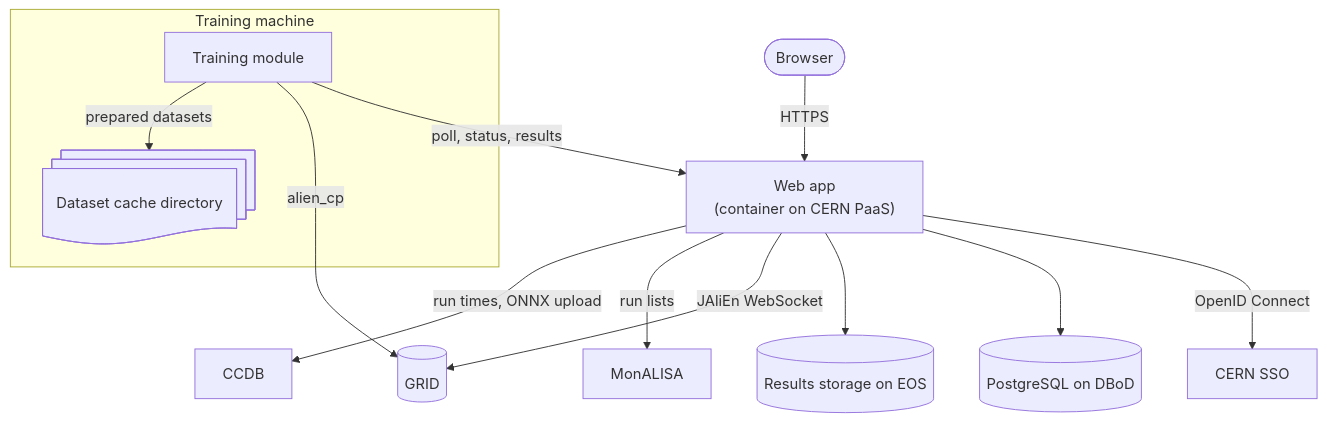
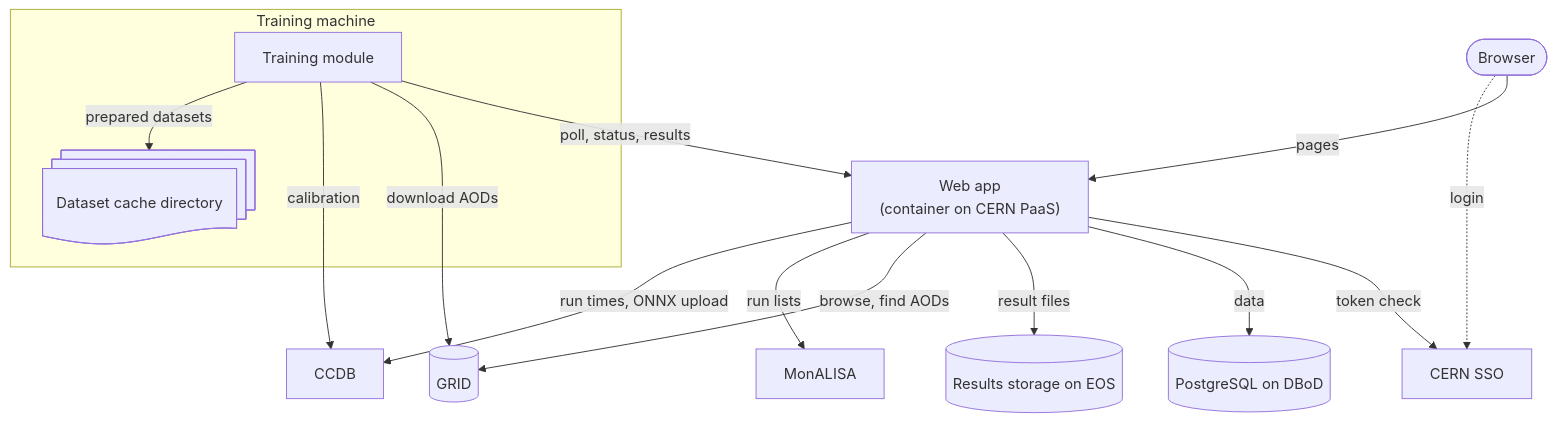
The first of 2 diagrams in docs/3-development/1-architecture.md (mytkom/AliceTraINT), drawn with Mermaid before and after one commit. The commit also changed other lines of this file and 1 other file, not shown here.

Commit message:
docs: fix diagram inconsistencies found in review

````diff
--- a/docs/3-development/1-architecture.md
+++ b/docs/3-development/1-architecture.md
@@ -11,29 +11,31 @@
 ```mermaid
 flowchart TB
   accTitle: System architecture
-  accDescr: The browser and the training modules call the web app. The web app stores data in PostgreSQL and result files on EOS, and calls CERN SSO, JAliEn on the GRID, MonALISA and CCDB. Training modules download AOD files from the GRID and keep prepared datasets as files in a dataset cache directory on the training machine.
+  accDescr: The browser and the training modules call the web app, and the browser logs in at CERN SSO. The web app stores data in PostgreSQL and result files on EOS, and calls CERN SSO, the GRID through JAliEn, MonALISA and CCDB. Training modules download AOD files from the GRID, read calibration from CCDB and keep prepared datasets as files in a dataset cache directory on the training machine.
 
   browser([Browser])
   web["Web app<br>(container on CERN PaaS)"]
   db[(PostgreSQL on DBoD)]
   eos[(Results storage on EOS)]
   subgraph machine[Training machine]
     module[Training module]
     cache@{ shape: docs, label: "Dataset cache directory" }
   end
   sso[CERN SSO]
   grid[(GRID)]
   monalisa[MonALISA]
   ccdb[CCDB]
 
-  browser -->|HTTPS| web
-  web -->|OpenID Connect| sso
-  web --> db
-  web --> eos
-  web -->|JAliEn WebSocket| grid
+  browser -->|pages| web
+  browser -.->|login| sso
+  web -->|token check| sso
+  web -->|data| db
+  web -->|result files| eos
+  web -->|browse, find AODs| grid
   web -->|run lists| monalisa
   web -->|run times, ONNX upload| ccdb
   module -->|poll, status, results| web
-  module -->|alien_cp| grid
+  module -->|download AODs| grid
+  module -->|calibration| ccdb
   module -->|prepared datasets| cache
 ```
````
